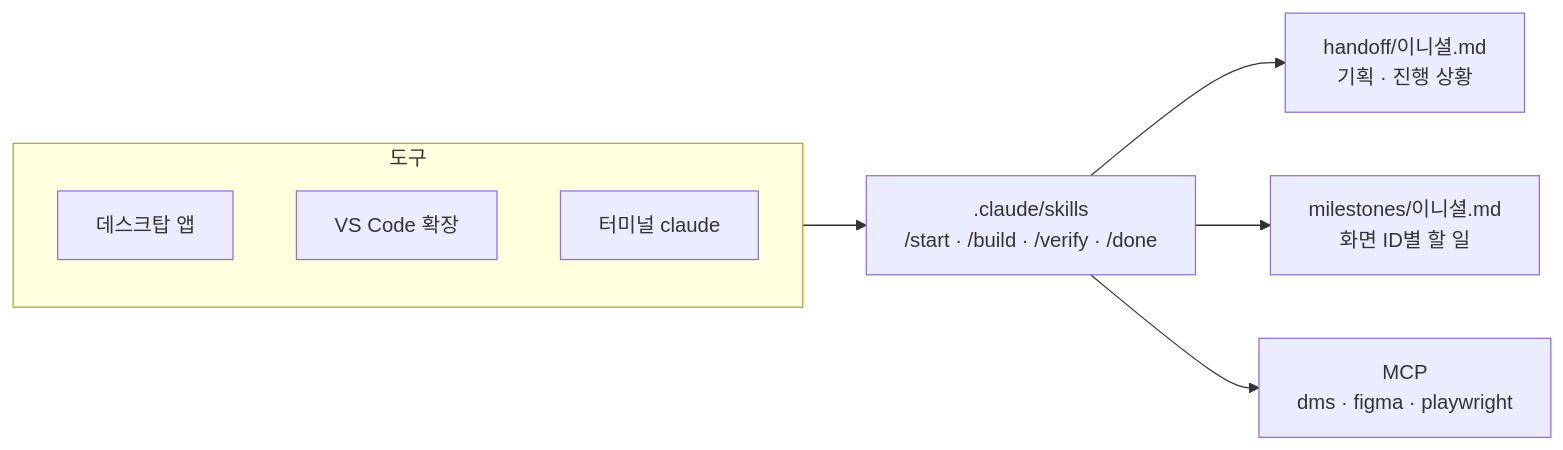
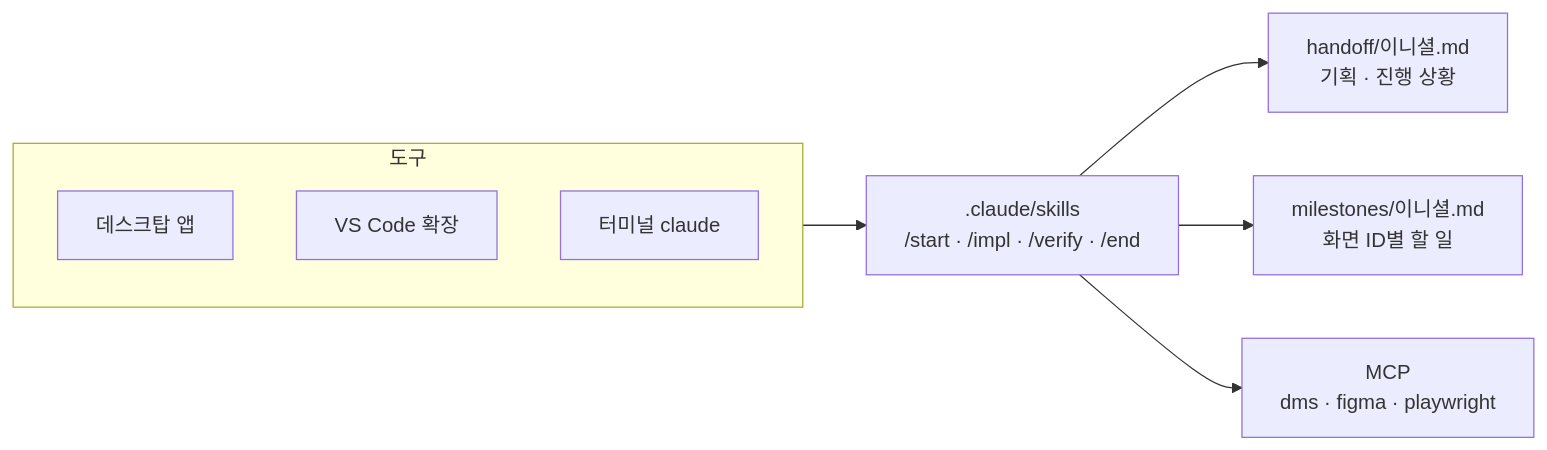
One commit to Jung-aejin/nyangmeong-frontend changed the second of 3 diagrams in README.md. Above: the diagram before and after it, drawn with Mermaid. The commit also changed other lines of this file and 12 other files, not shown here.

First line of the commit message:
[LJS] chore: /build·/done을 /impl·/end로 바꾸고 중간 저장과 검증 루프 보관을 추가한다

````diff
--- a/README.md
+++ b/README.md
@@ -80,12 +80,12 @@
 ```mermaid
 flowchart LR
   subgraph tools[도구]
     A[데스크탑 앱]
     B[VS Code 확장]
     C[터미널 claude]
   end
-  tools --> SK[".claude/skills<br/>/start · /build · /verify · /done"]
+  tools --> SK[".claude/skills<br/>/start · /impl · /verify · /end"]
   SK --> HO["handoff/이니셜.md<br/>기획 · 진행 상황"]
   SK --> MS["milestones/이니셜.md<br/>화면 ID별 할 일"]
   SK --> MCP["MCP<br/>dms · figma · playwright"]
 ```
````
